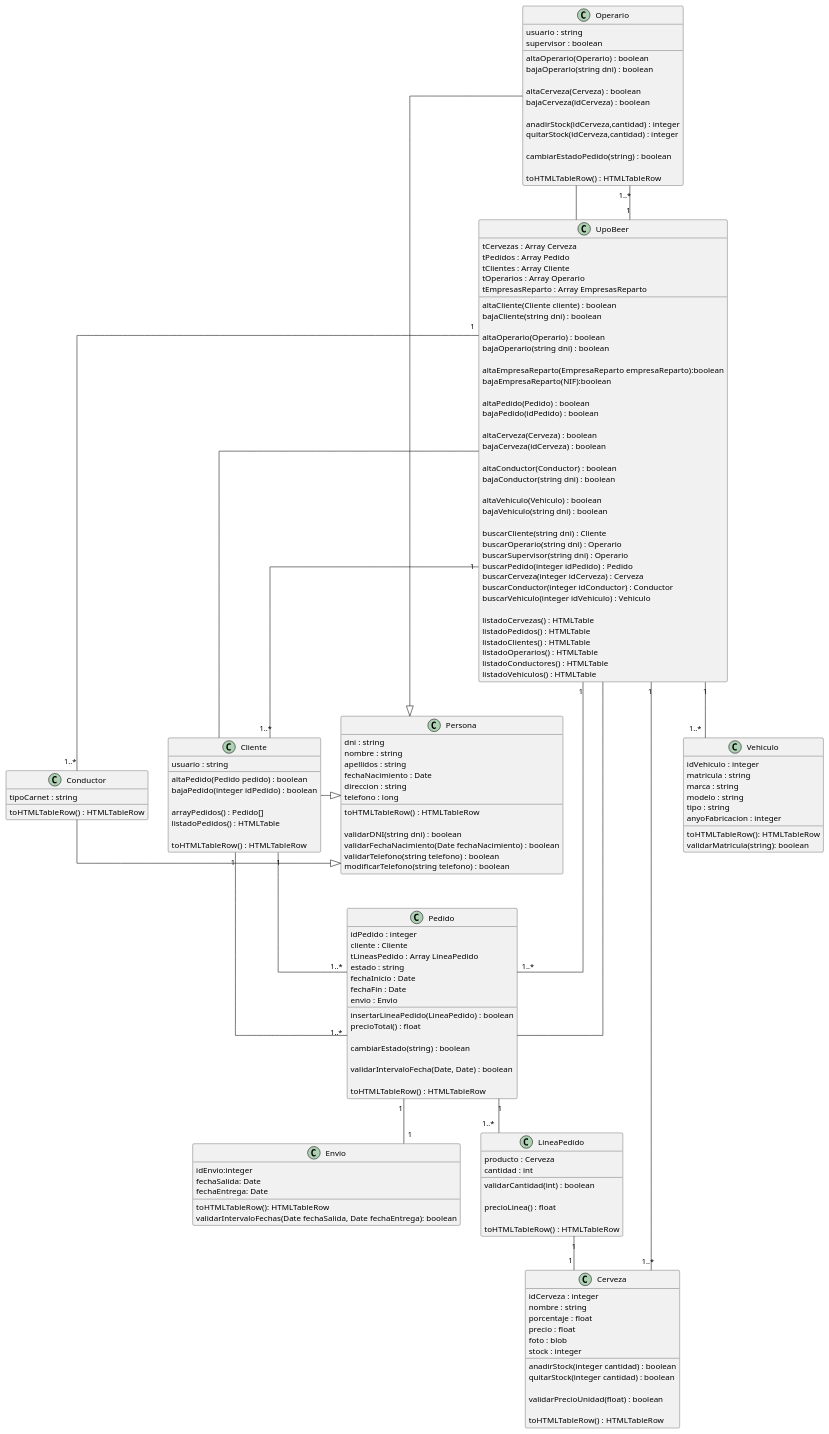
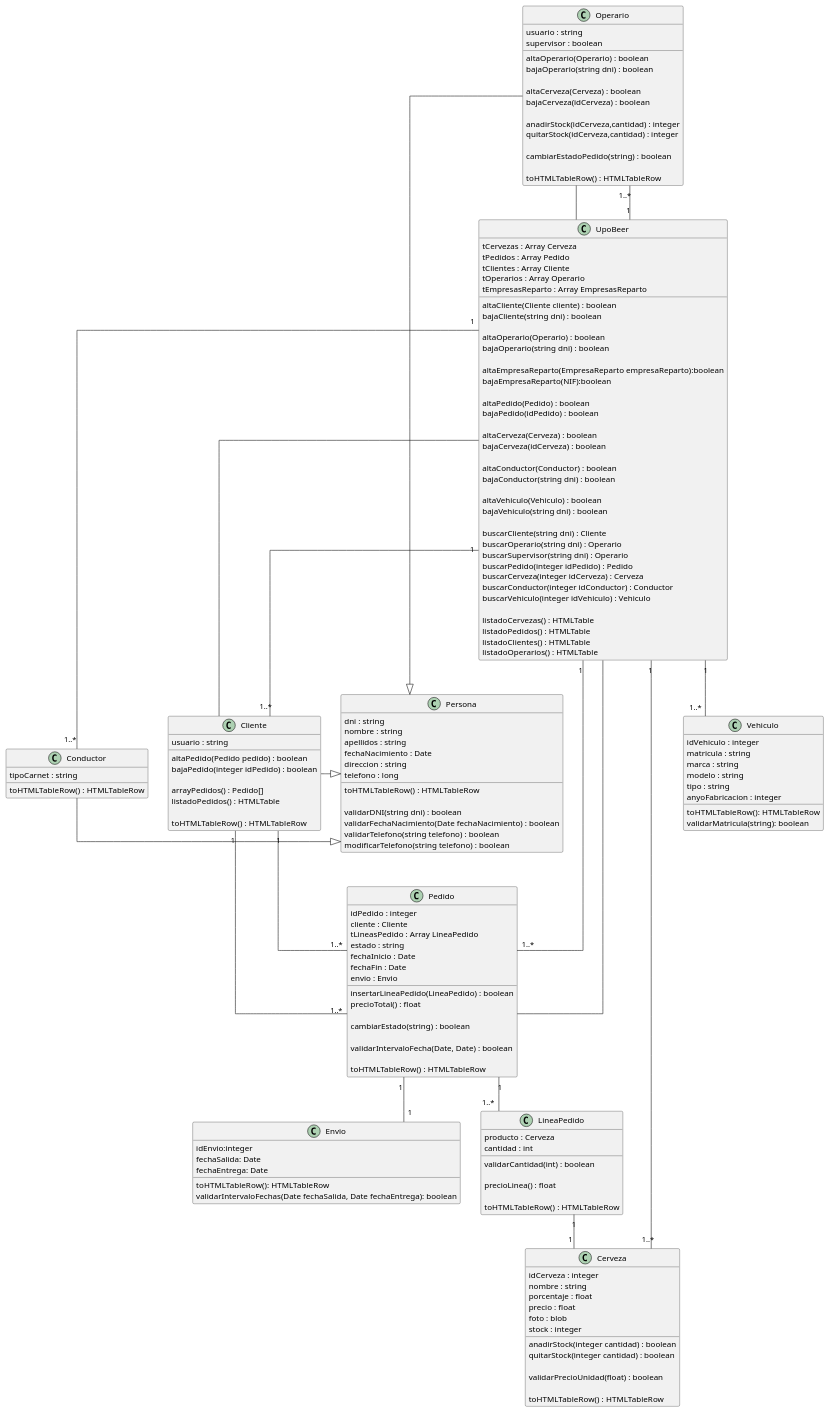
Before and after one commit to JavierMendezGomez/upobeer: the diagram in doc/diagrama_clases.plantuml, drawn with PlantUML. The commit also changed 11 other files, not shown here.

Commit message:
Actualizar diagrama, peinado final del modelo

```diff
--- a/doc/diagrama_clases.plantuml
+++ b/doc/diagrama_clases.plantuml
@@ -161,8 +161,6 @@
 	listadoPedidos() : HTMLTable
 	listadoClientes() : HTMLTable
 	listadoOperarios() : HTMLTable
-	listadoConductores() : HTMLTable
-	listadoVehiculos() : HTMLTable	
 }
 '''MODELO'''
 ''UpoBeer''
```
